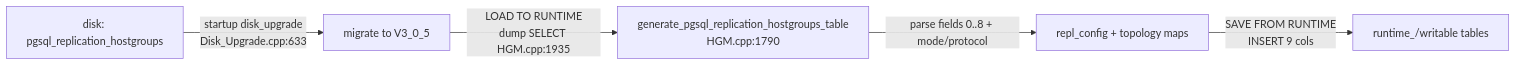
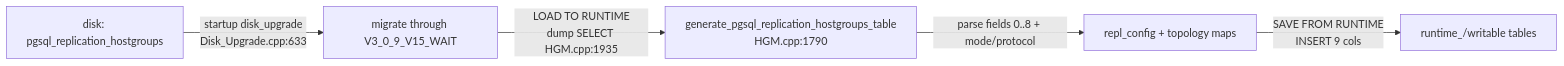
Before and after one commit to awide-labs/polar-proxy: the fourth of 4 diagrams in doc/polardb-arch/04-ADMIN-SCHEMA-AND-CONFIG.md, drawn with Mermaid. The commit also changed other lines of this file and 29 other files, not shown here.

First line of the commit message:
docs(polardb): document v15_wait extended query flow

````diff
--- a/doc/polardb-arch/04-ADMIN-SCHEMA-AND-CONFIG.md
+++ b/doc/polardb-arch/04-ADMIN-SCHEMA-AND-CONFIG.md
@@ -584,7 +383,7 @@
 ```mermaid
 flowchart LR
-    DISK["disk: pgsql_replication_hostgroups"] -->|startup disk_upgrade\nDisk_Upgrade.cpp:633| MIG["migrate to V3_0_5"]
+    DISK["disk: pgsql_replication_hostgroups"] -->|startup disk_upgrade\nDisk_Upgrade.cpp:633| MIG["migrate through V3_0_9_V15_WAIT"]
     MIG -->|LOAD TO RUNTIME\ndump SELECT HGM.cpp:1935| PARSE["generate_pgsql_replication_hostgroups_table\nHGM.cpp:1790"]
     PARSE -->|parse fields 0..8 + mode/protocol| RC["repl_config + topology maps"]
     RC -->|SAVE FROM RUNTIME\nINSERT 9 cols| RT["runtime_/writable tables"]
 ```
````
